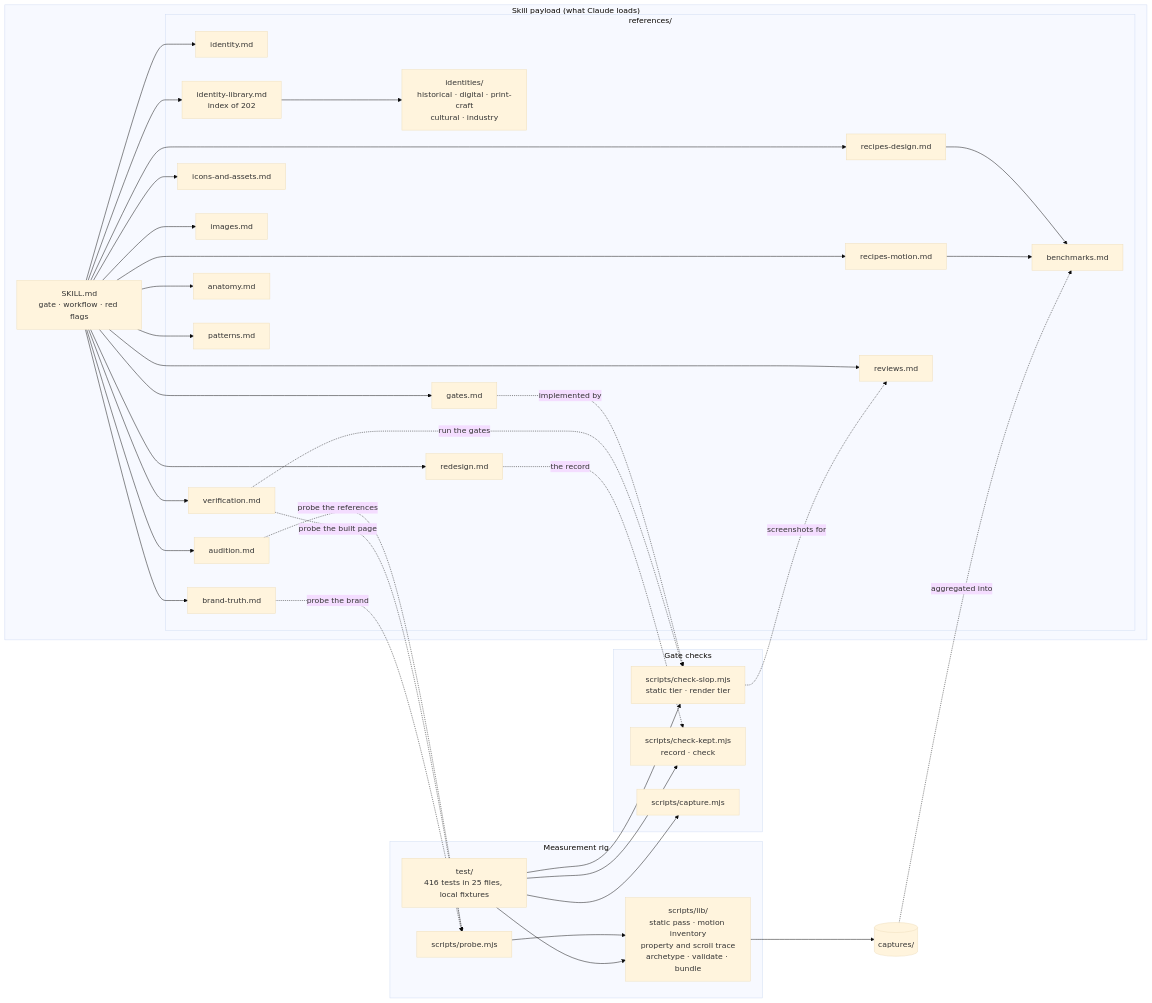
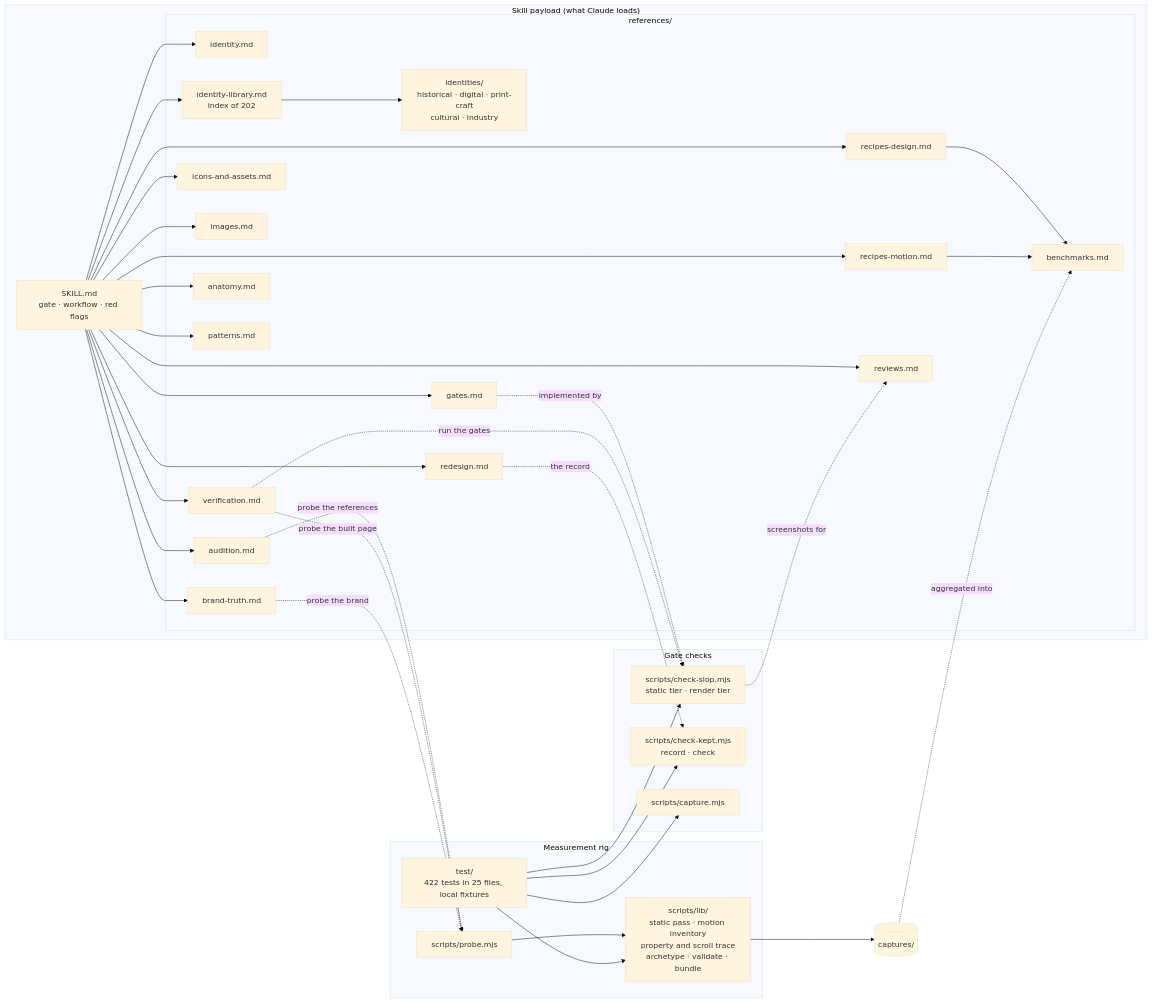
One commit to jounimn/df-design changed the second of 2 diagrams in README.md. Above: the diagram before and after it, drawn with Mermaid (base theme). The commit also changed other lines of this file and 8 other files, not shown here.

````diff
--- a/README.md
+++ b/README.md
@@ -183,48 +183,48 @@
 ```mermaid
 flowchart LR
     subgraph Skill["Skill payload (what Claude loads)"]
         SK["SKILL.md<br/>gate · workflow · red flags"]
         subgraph Refs["references/"]
             ID["identity.md"]
             AUD["audition.md"]
             LIB["identity-library.md<br/>index of 202"]
             FAM["identities/<br/>historical · digital · print-craft<br/>cultural · industry"]
             RD["recipes-design.md"]
             RM["recipes-motion.md"]
             IC["icons-and-assets.md"]
             IMG["images.md"]
             VER["verification.md"]
             BEN["benchmarks.md"]
             ANA["anatomy.md"]
             GAT["gates.md"]
             PAT["patterns.md"]
             REV["reviews.md"]
             RED["redesign.md"]
             BRT["brand-truth.md"]
         end
     end
     subgraph Rig["Measurement rig"]
         PRB["scripts/probe.mjs"]
         LIBS["scripts/lib/<br/>static pass · motion inventory<br/>property and scroll trace<br/>archetype · validate · bundle"]
-        TST["test/<br/>416 tests in 25 files, local fixtures"]
+        TST["test/<br/>422 tests in 25 files, local fixtures"]
     end
     subgraph Gates["Gate checks"]
         CSL["scripts/check-slop.mjs<br/>static tier · render tier"]
         CKP["scripts/check-kept.mjs<br/>record · check"]
         CPT["scripts/capture.mjs"]
     end
     SK --> ID & AUD & LIB & RD & RM & IC & IMG & VER & ANA & GAT & PAT & REV & RED & BRT
     LIB --> FAM
     RD & RM --> BEN
     PRB --> LIBS
     LIBS --> CAP[("captures/")]
     CAP -. "aggregated into" .-> BEN
     AUD -. "probe the references" .-> PRB
     VER -. "probe the built page" .-> PRB
     GAT -. "implemented by" .-> CSL
     VER -. "run the gates" .-> CSL
     RED -. "the record" .-> CKP
     BRT -. "probe the brand" .-> PRB
     CSL -. "screenshots for" .-> REV
     TST --> LIBS & CSL & CKP & CPT
 ```
````
